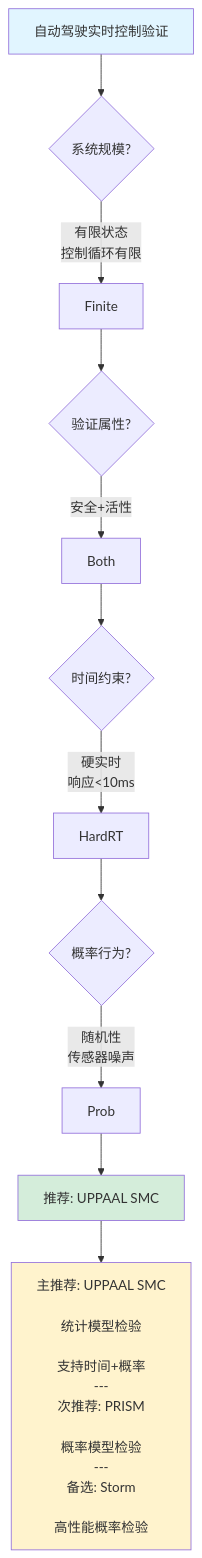
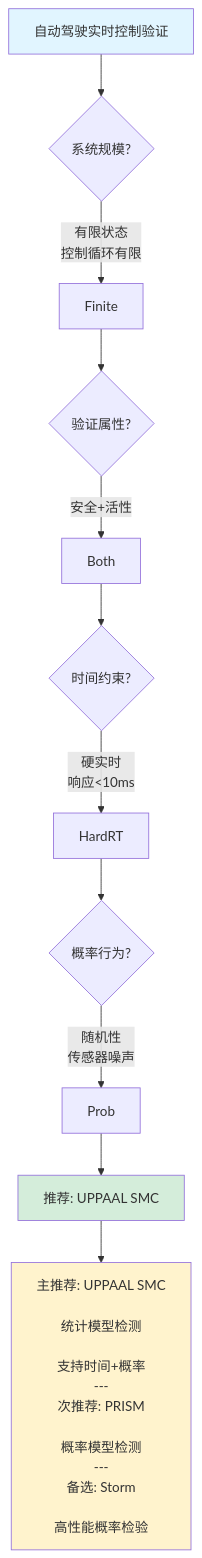
Before and after one commit to AdaMartin18010/AnalysisDataFlow: the fourth of 4 diagrams in formal-methods/COMPARISON-DECISION-TREES.md, drawn with Mermaid. The commit also changed other lines of this file and 129 other files, not shown here.

````diff
--- a/formal-methods/COMPARISON-DECISION-TREES.md
+++ b/formal-methods/COMPARISON-DECISION-TREES.md
@@ -357,33 +357,33 @@
 ```mermaid
 flowchart TD
-    Start[自动驾驶实时控制验证]
+    Start["自动驾驶实时控制验证"]
 
     Start --> D1{系统规模?}
     D1 -->|有限状态<br/>控制循环有限| Finite
 
     Finite --> D2{验证属性?}
     D2 -->|安全+活性| Both
 
     Both --> D3{时间约束?}
     D3 -->|硬实时<br/>响应<10ms| HardRT
 
     HardRT --> D4{概率行为?}
     D4 -->|随机性<br/>传感器噪声| Prob
 
-    Prob --> Rec[推荐: UPPAAL SMC]
+    Prob --> Rec["推荐: UPPAAL SMC"]
     Rec --> Detail[
         主推荐: UPPAAL SMC<br/>
-        统计模型检验<br/>
+        统计模型检测<br/>
         支持时间+概率
         ---
         次推荐: PRISM<br/>
-        概率模型检验
+        概率模型检测
         ---
         备选: Storm<br/>
         高性能概率检验
     ]
 
     style Start fill:#e1f5ff
     style Rec fill:#d4edda
     style Detail fill:#fff3cd
 ```
````
